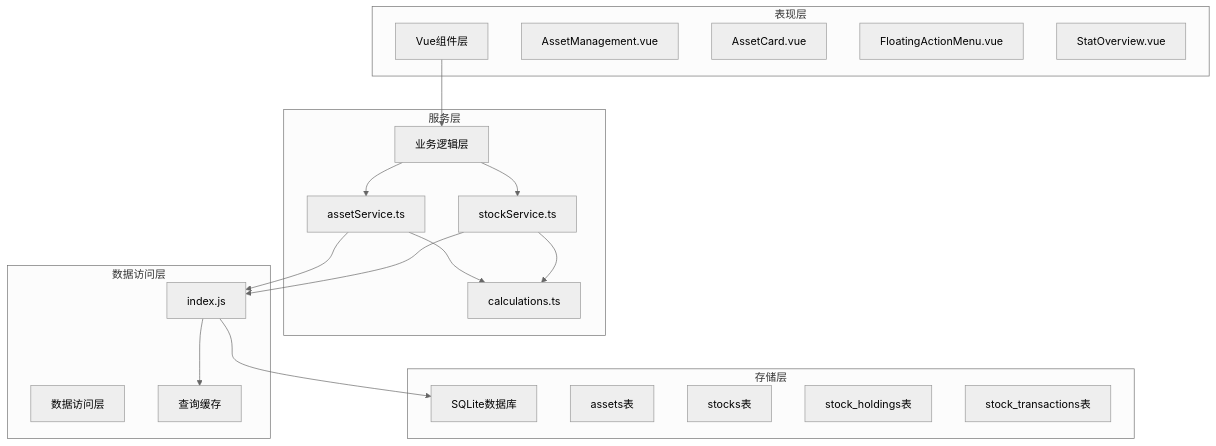
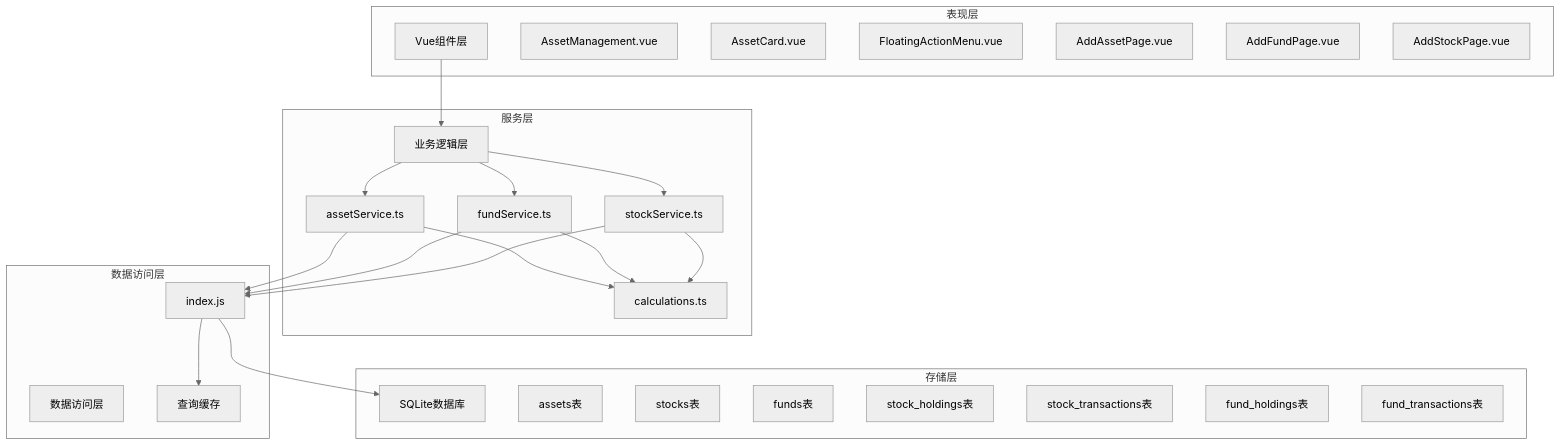
The second of 20 diagrams in .qoder/repowiki/zh/content/资产管理/资产总览.md (xiao-lin-unit/yuan), drawn with Mermaid (neutral theme) before and after one commit. The commit also changed other lines of this file and 17 other files, not shown here.

````diff
--- a/.qoder/repowiki/zh/content/资产管理/资产总览.md
+++ b/.qoder/repowiki/zh/content/资产管理/资产总览.md
@@ -118,37 +137,46 @@
 ```mermaid
 graph TB
 subgraph "表现层"
 UI[Vue组件层]
 AM[AssetManagement.vue]
 AC[AssetCard.vue]
 FAM[FloatingActionMenu.vue]
-SO[StatOverview.vue]
+AAP[AddAssetPage.vue]
+AFP[AddFundPage.vue]
+ASP[AddStockPage.vue]
 end
 subgraph "服务层"
 BL[业务逻辑层]
 AS[assetService.ts]
+FS[fundService.ts]
 SS[stockService.ts]
 CAL[calculations.ts]
 end
 subgraph "数据访问层"
 DA[数据访问层]
 DB[index.js]
 CACHE[查询缓存]
 end
 subgraph "存储层"
 STORE[SQLite数据库]
 ASSETS[assets表]
 STOCKS[stocks表]
+FUND[funds表]
 STOCK_HOLDINGS[stock_holdings表]
 STOCK_TRANSACTIONS[stock_transactions表]
+FUND_HOLDINGS[fund_holdings表]
+FUND_TRANSACTIONS[fund_transactions表]
 end
 UI --> BL
 BL --> AS
+BL --> FS
 BL --> SS
 AS --> DB
+FS --> DB
 SS --> DB
 AS --> CAL
+FS --> CAL
 SS --> CAL
 DB --> CACHE
 DB --> STORE
 ```
````
